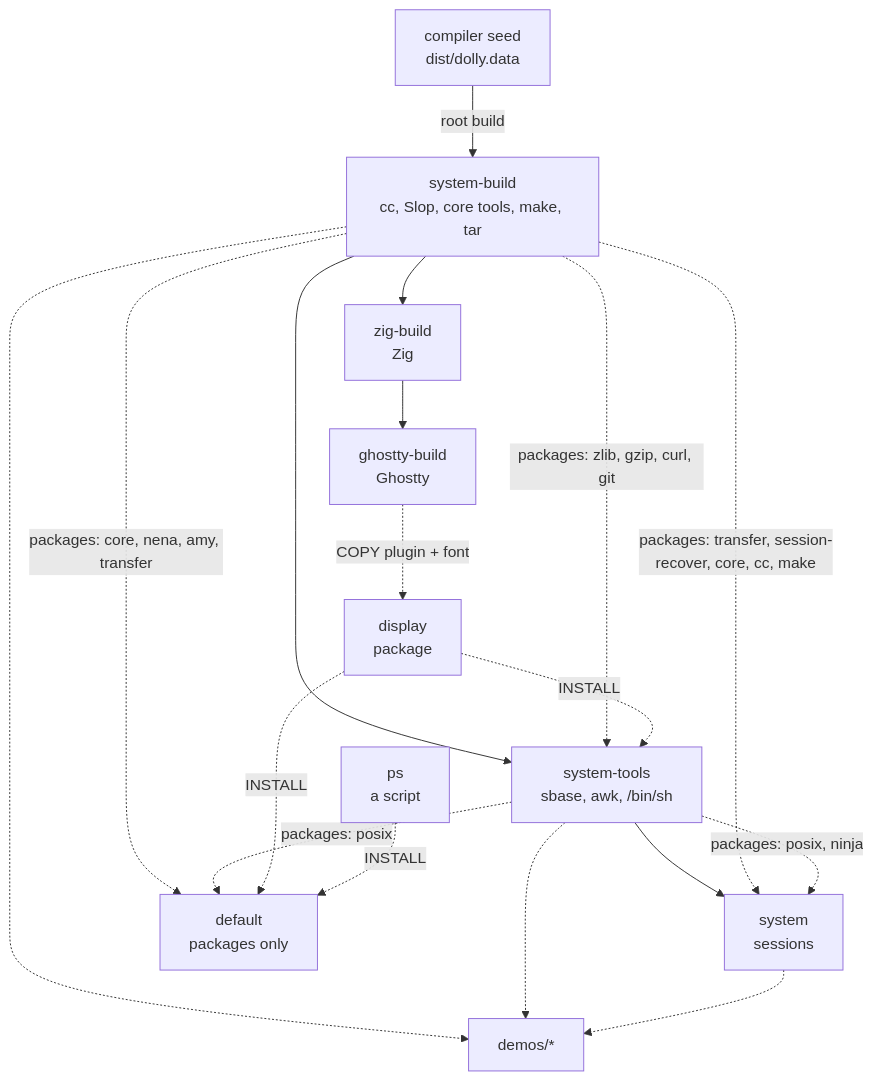
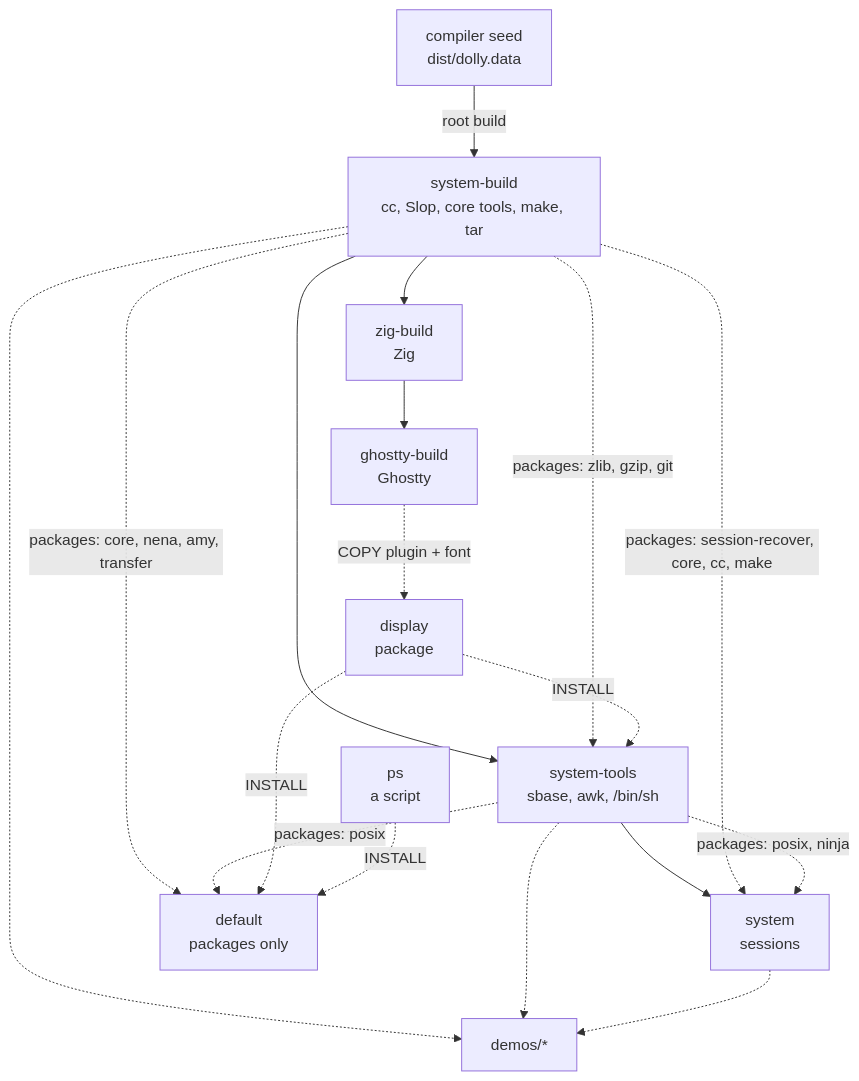
The third of 3 diagrams in docs/architecture.md (daugasauron/dolly), drawn with Mermaid before and after one commit. The commit also changed 244 other files, not shown here.

````diff
--- a/docs/architecture.md
+++ b/docs/architecture.md
@@ -120,21 +120,21 @@
 ```mermaid
 flowchart TD
   seed["compiler seed<br/>dist/dolly.data"] -- "root build" --> sb["system-build<br/>cc, Slop, core tools, make, tar"]
   sb --> zb["zig-build<br/>Zig"]
   zb --> gb["ghostty-build<br/>Ghostty"]
   gb -. "COPY plugin + font" .-> disp["display<br/>package"]
   sb --> st["system-tools<br/>sbase, awk, /bin/sh"]
-  sb -. "packages: zlib, gzip, curl, git" .-> st
+  sb -. "packages: zlib, gzip, git" .-> st
   disp -. "INSTALL" .-> st
   st --> sys["system<br/>sessions"]
-  sb -. "packages: transfer, session-recover, core, cc, make" .-> sys
+  sb -. "packages: session-recover, core, cc, make" .-> sys
   st -. "packages: posix, ninja" .-> sys
   sb -. "packages: core, nena, amy, transfer" .-> def["default<br/>packages only"]
   st -. "packages: posix" .-> def
   disp -. "INSTALL" .-> def
   ps["ps<br/>a script"] -. "INSTALL" .-> def
   demos["demos/*"]
   sb -.-> demos
   st -.-> demos
   sys -.-> demos
 ```
````
